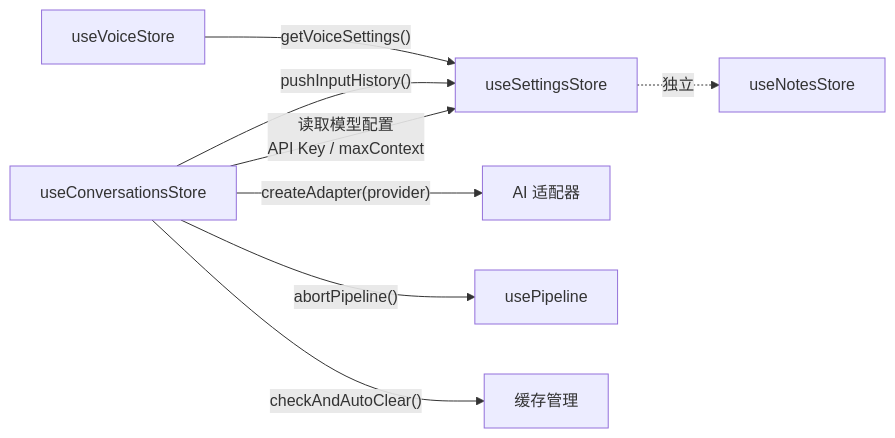
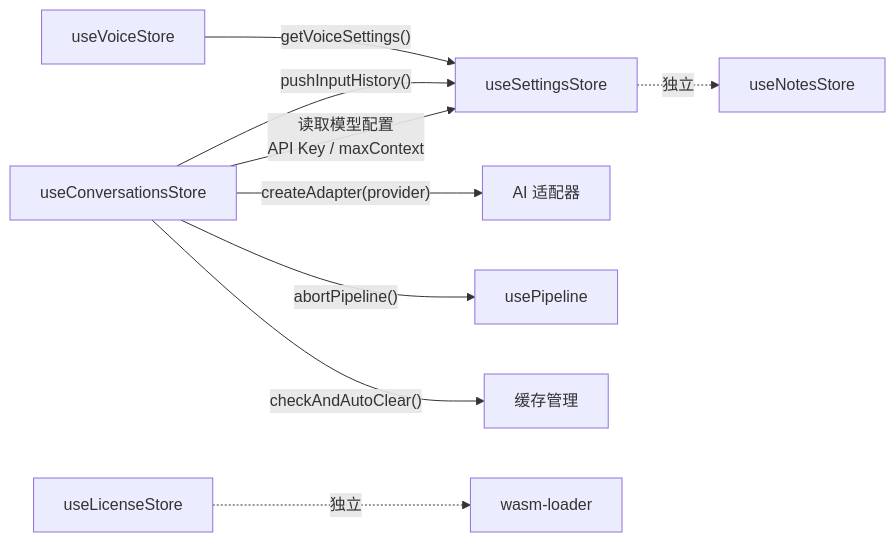
Before and after one commit to zw123zw/ai-browser: the second of 10 diagrams in docs/architecture/state-management.md, drawn with Mermaid. The commit also changed other lines of this file and 10 other files, not shown here.

````diff
--- a/docs/architecture/state-management.md
+++ b/docs/architecture/state-management.md
@@ -109,10 +111,11 @@
 ```mermaid
 graph LR
     CS["useConversationsStore"] -->|"读取模型配置<br/>API Key / maxContext"| SS["useSettingsStore"]
     CS -->|"createAdapter(provider)"| AD["AI 适配器"]
     CS -->|"abortPipeline()"| PL["usePipeline"]
     CS -->|"pushInputHistory()"| SS
     CS -->|"checkAndAutoClear()"| Cache["缓存管理"]
     VS["useVoiceStore"] -->|"getVoiceSettings()"| SS
+    LS["useLicenseStore"] -.->|"独立"| WL["wasm-loader"]
     SS -.->|"独立"| NS["useNotesStore"]
 ```
````
